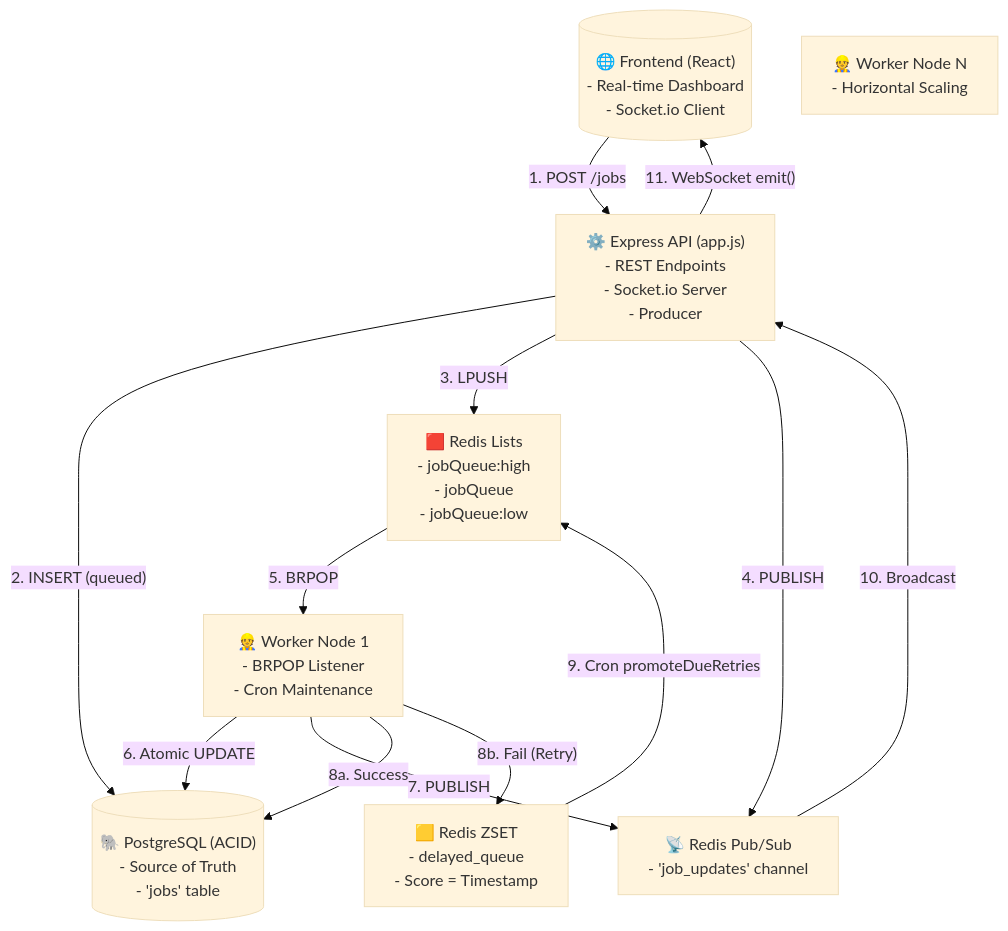
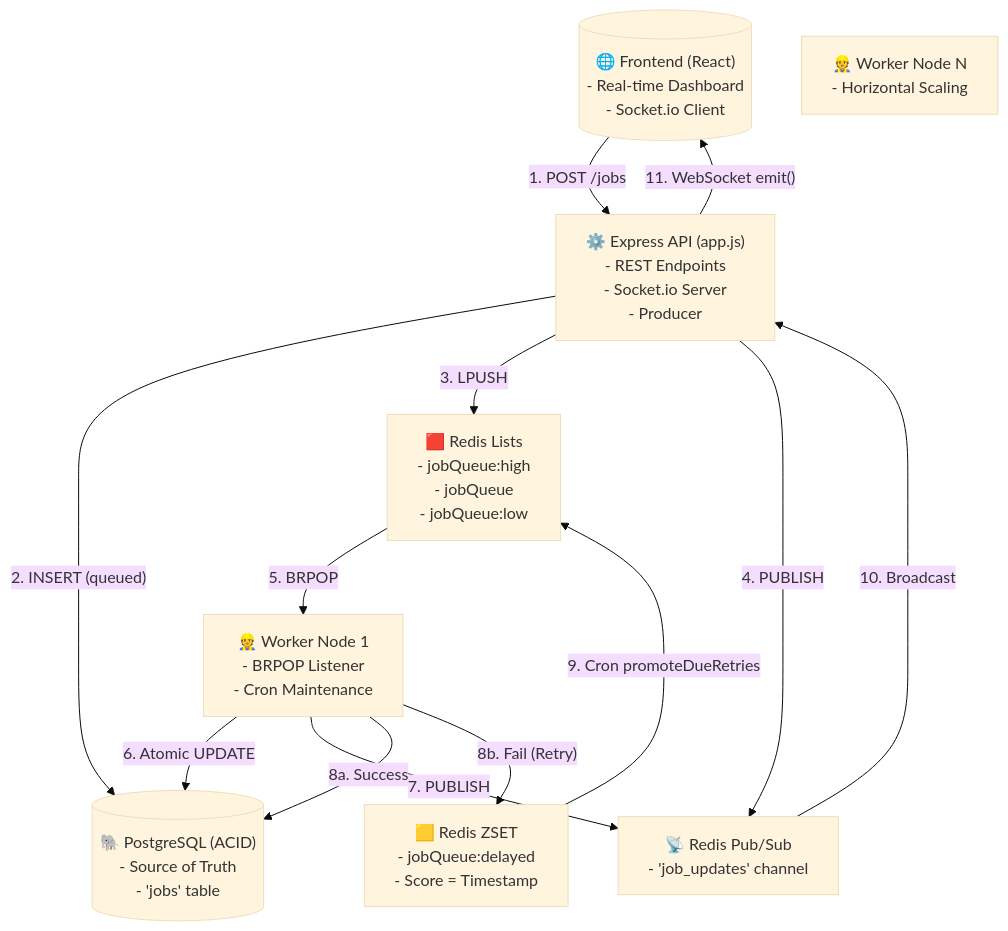
One commit to Aryns293/QueueFlow-prep changed the first of 9 diagrams in flow/1. End-To-End-Architecture-Flow.md. Above: the diagram before and after it, drawn with Mermaid (base theme). The commit also changed other lines of this file and 7 other files, not shown here.

````diff
--- a/flow/1. End-To-End-Architecture-Flow.md
+++ b/flow/1. End-To-End-Architecture-Flow.md
@@ -11,30 +11,30 @@
 ```mermaid
 graph TD
     %% Entities
     Client[("🌐 Frontend (React)\n- Real-time Dashboard\n- Socket.io Client")]
     API["⚙️ Express API (app.js)\n- REST Endpoints\n- Socket.io Server\n- Producer"]
     DB[("🐘 PostgreSQL (ACID)\n- Source of Truth\n- 'jobs' table")]
     RedisQueue["🟥 Redis Lists\n- jobQueue:high\n- jobQueue\n- jobQueue:low"]
-    RedisZSET["🟨 Redis ZSET\n- delayed_queue\n- Score = Timestamp"]
+    RedisZSET["🟨 Redis ZSET\n- jobQueue:delayed\n- Score = Timestamp"]
     RedisPubSub["📡 Redis Pub/Sub\n- 'job_updates' channel"]
     Worker1["👷 Worker Node 1\n- BRPOP Listener\n- Cron Maintenance"]
     Worker2["👷 Worker Node N\n- Horizontal Scaling"]
 
     %% Flow
     Client -- "1. POST /jobs" --> API
     API -- "2. INSERT (queued)" --> DB
     API -- "3. LPUSH" --> RedisQueue
     API -- "4. PUBLISH" --> RedisPubSub
     
     RedisQueue -- "5. BRPOP" --> Worker1
     Worker1 -- "6. Atomic UPDATE" --> DB
     Worker1 -- "7. PUBLISH" --> RedisPubSub
     
     Worker1 -- "8a. Success" --> DB
     Worker1 -- "8b. Fail (Retry)" --> RedisZSET
     
     RedisZSET -- "9. Cron promoteDueRetries" --> RedisQueue
     
     RedisPubSub -- "10. Broadcast" --> API
     API -- "11. WebSocket emit()" --> Client
 ```
````
